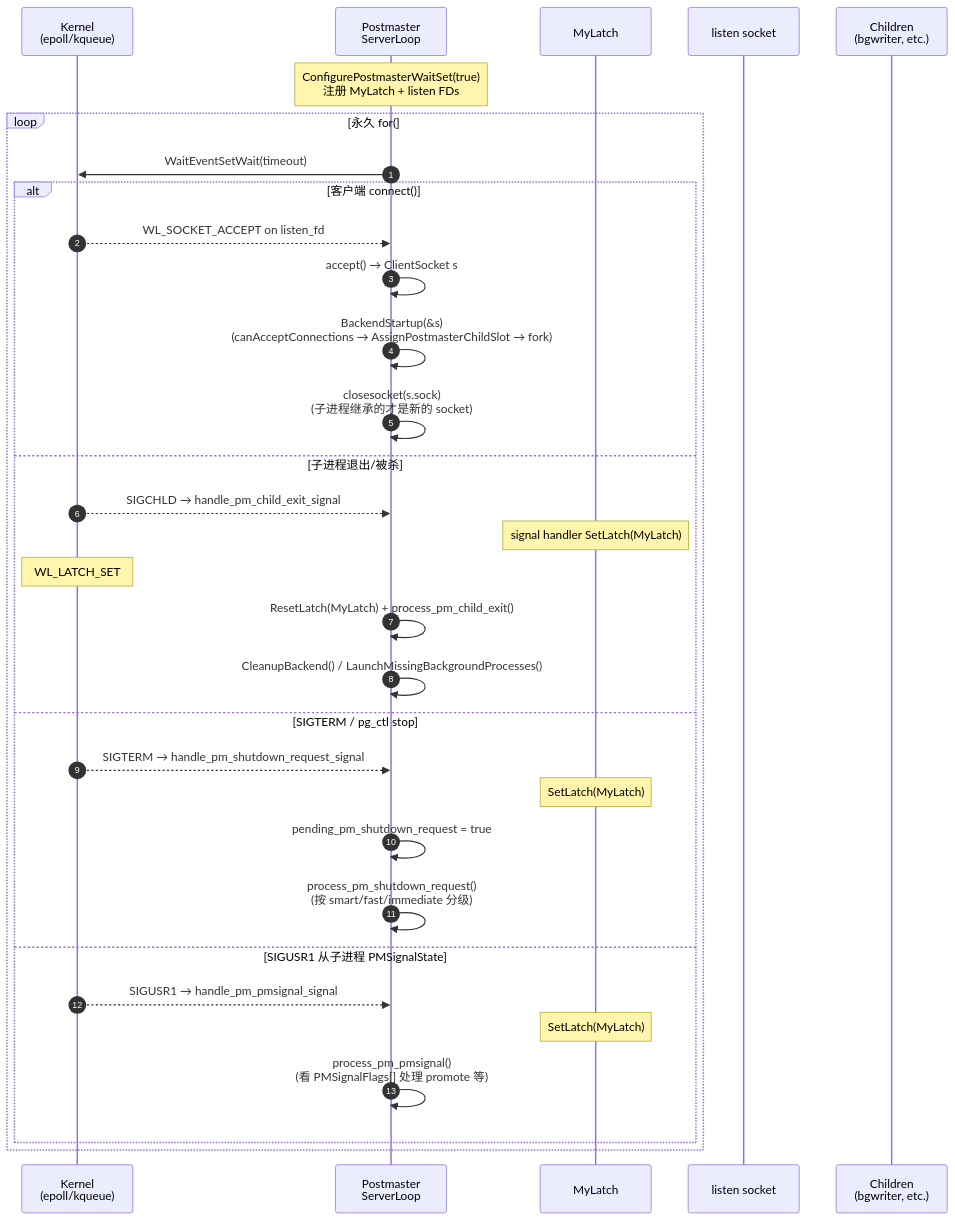
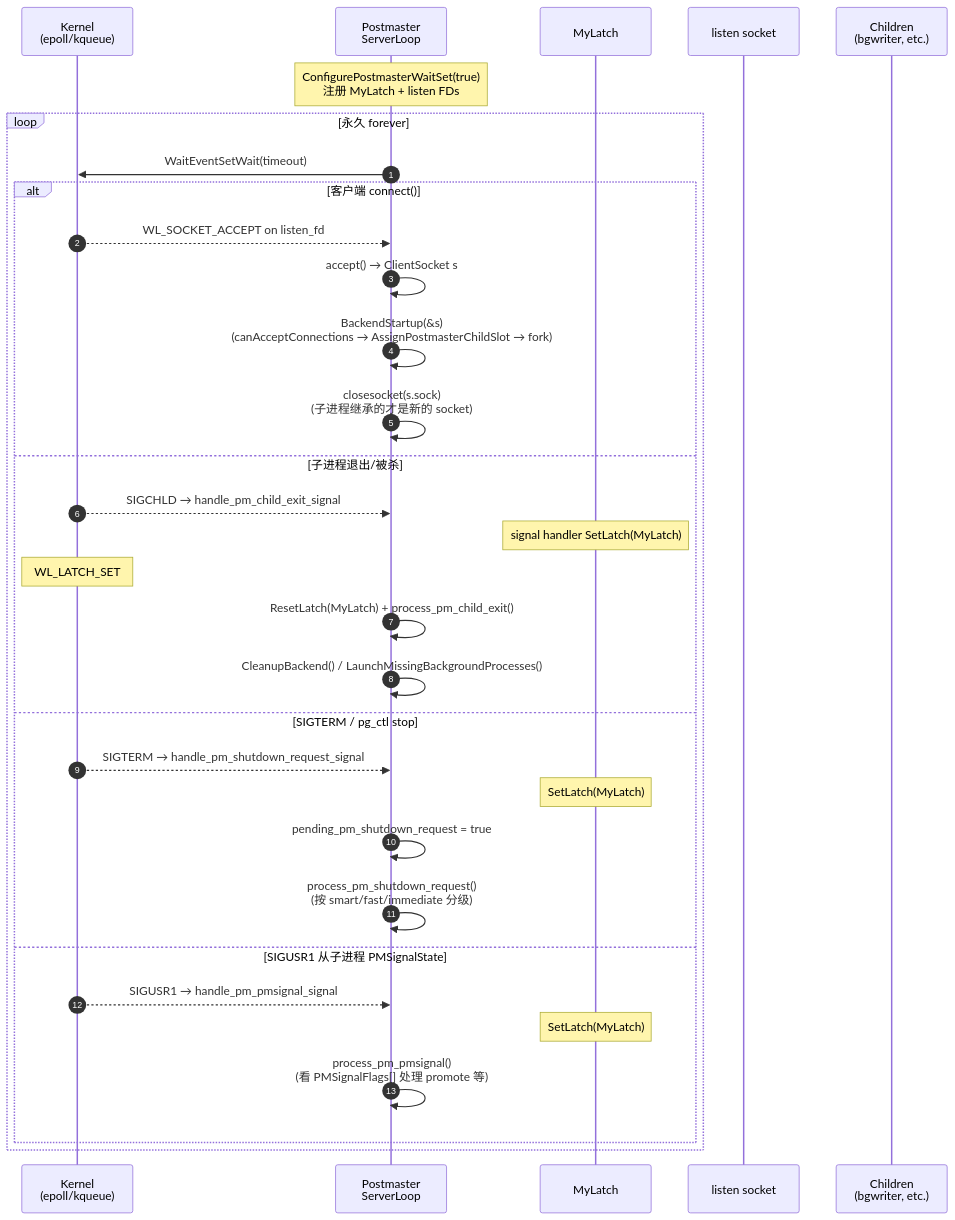
Before and after one commit to growdu/blog: the third of 11 diagrams in docs/database/postgresql-module-architecture/index.md, drawn with Mermaid. The commit also changed other lines of this file, not shown here.

````diff
--- a/docs/database/postgresql-module-architecture/index.md
+++ b/docs/database/postgresql-module-architecture/index.md
@@ -290,36 +290,36 @@
 ```mermaid
 sequenceDiagram
     autonumber
     participant K as Kernel<br/>(epoll/kqueue)
     participant PM as Postmaster<br/>ServerLoop
     participant L as MyLatch
     participant S as listen socket
     participant CH as Children<br/>(bgwriter, etc.)
 
     Note over PM: ConfigurePostmasterWaitSet(true)<br/>注册 MyLatch + listen FDs
 
-    loop 永久 for(;;)
+    loop 永久 forever
         PM->>K: WaitEventSetWait(timeout)
         alt 客户端 connect()
             K-->>PM: WL_SOCKET_ACCEPT on listen_fd
             PM->>PM: accept() → ClientSocket s
             PM->>PM: BackendStartup(&s)<br/>(canAcceptConnections → AssignPostmasterChildSlot → fork)
             PM->>PM: closesocket(s.sock)<br/>(子进程继承的才是新的 socket)
         else 子进程退出/被杀
             K-->>PM: SIGCHLD → handle_pm_child_exit_signal
             Note over L: signal handler SetLatch(MyLatch)
             Note over K: WL_LATCH_SET
             PM->>PM: ResetLatch(MyLatch) + process_pm_child_exit()
             PM->>PM: CleanupBackend() / LaunchMissingBackgroundProcesses()
         else SIGTERM / pg_ctl stop
             K-->>PM: SIGTERM → handle_pm_shutdown_request_signal
             Note over L: SetLatch(MyLatch)
             PM->>PM: pending_pm_shutdown_request = true
             PM->>PM: process_pm_shutdown_request()<br/>(按 smart/fast/immediate 分级)
         else SIGUSR1 从子进程 PMSignalState
             K-->>PM: SIGUSR1 → handle_pm_pmsignal_signal
             Note over L: SetLatch(MyLatch)
             PM->>PM: process_pm_pmsignal()<br/>(看 PMSignalFlags[] 处理 promote 等)
         end
     end
 ```
````
